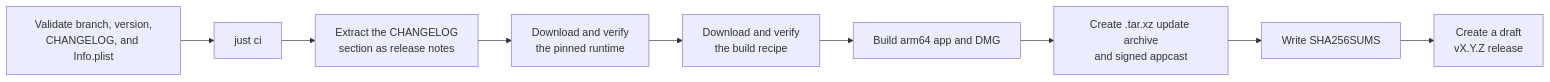
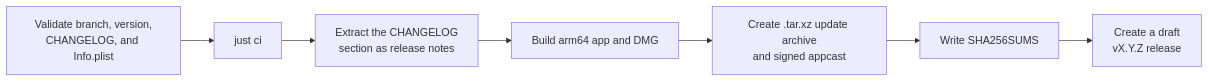
One commit to LuMiSxh/Arknights-MacOS-Client changed the diagram in docs/development/releases-and-updates.md. Above: the diagram before and after it, drawn with Mermaid. The commit also changed other lines of this file and 147 other files, not shown here.

First line of the commit message:
feat(runtime): manage runtime delivery and architecture choice

````diff
--- a/docs/development/releases-and-updates.md
+++ b/docs/development/releases-and-updates.md
@@ -31,11 +31,9 @@
 ```mermaid
 flowchart LR
 	Check["Validate branch, version,<br/>CHANGELOG, and Info.plist"] --> Test[just ci]
 	Test --> Notes["Extract the CHANGELOG<br/>section as release notes"]
-	Notes --> Runtime["Download and verify<br/>the pinned runtime"]
-	Runtime --> Recipe["Download and verify<br/>the build recipe"]
-	Recipe --> Build[Build arm64 app and DMG]
+	Notes --> Build[Build arm64 app and DMG]
 	Build --> Archive["Create .tar.xz update archive<br/>and signed appcast"]
 	Archive --> Sums[Write SHA256SUMS]
 	Sums --> Draft["Create a draft<br/>vX.Y.Z release"]
 ```
````
